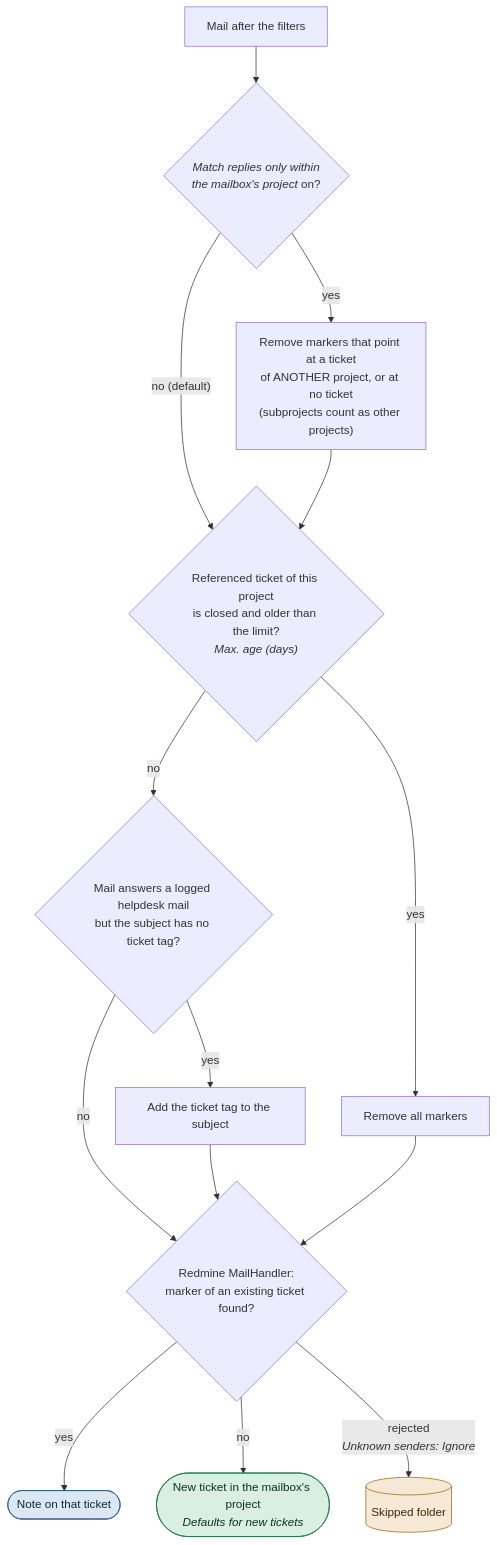
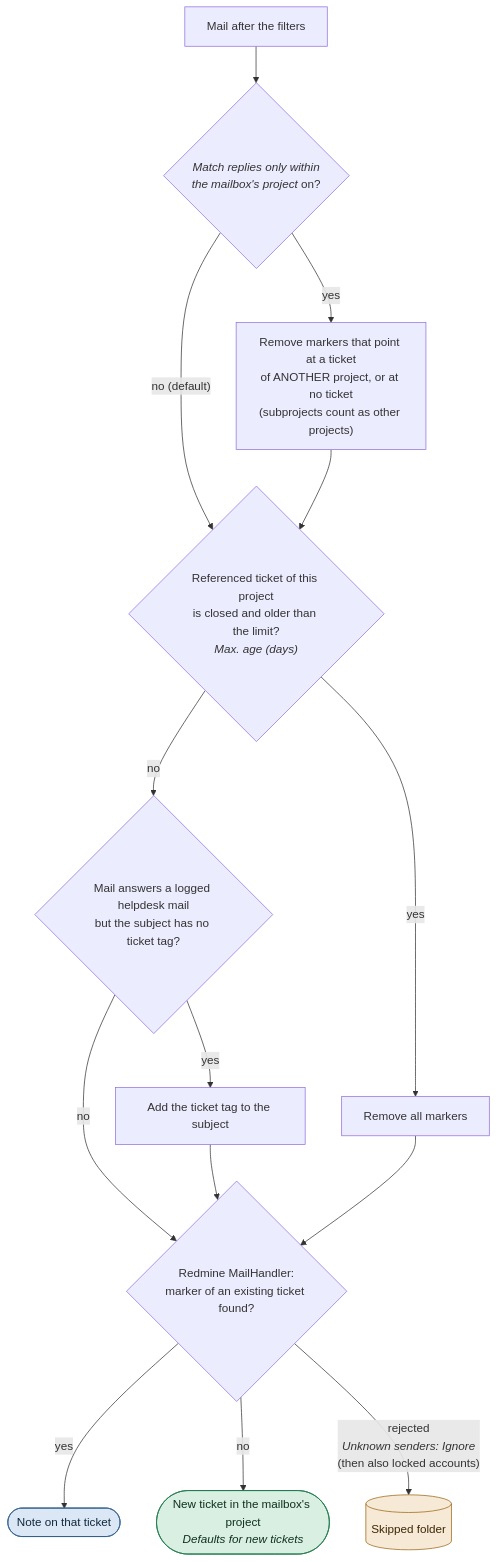
Before and after one commit to expertZentrale/redmine_expert_helpdesk: the fifth of 11 diagrams in EMAIL_FLOW.md, drawn with Mermaid. The commit also changed other lines of this file and 15 other files, not shown here.

First line of the commit message:
fix: receive mail from locked accounts and log every skipped mail (0.25.3) (#69)

````diff
--- a/EMAIL_FLOW.md
+++ b/EMAIL_FLOW.md
@@ -150,19 +151,19 @@
 ```mermaid
 flowchart TD
   IN["Mail after the filters"] --> SW{"<i>Match replies only within<br/>the mailbox's project</i> on?"}
   SW -- yes --> SC["Remove markers that point at a ticket<br/>of ANOTHER project, or at no ticket<br/>(subprojects count as other projects)"]
   SW -- "no (default)" --> AGE
   SC --> AGE{"Referenced ticket of this project<br/>is closed and older than the limit?<br/><i>Max. age (days)</i>"}
   AGE -- yes --> STRIP["Remove all markers"]
   AGE -- no --> TAG{"Mail answers a logged helpdesk mail<br/>but the subject has no ticket tag?"}
   TAG -- yes --> ADD["Add the ticket tag to the subject"]
   TAG -- no --> MH
   ADD --> MH
   STRIP --> MH{"Redmine MailHandler:<br/>marker of an existing ticket found?"}
   MH -- yes --> RE([Note on that ticket]):::reply
   MH -- no --> NEW(["New ticket in the mailbox's project<br/><i>Defaults for new tickets</i>"]):::new
-  MH -- "rejected<br/><i>Unknown senders: Ignore</i>" --> S[(Skipped folder)]:::skip
+  MH -- "rejected<br/><i>Unknown senders: Ignore</i><br/>(then also locked accounts)" --> S[(Skipped folder)]:::skip
   classDef new fill:#d8efe1,stroke:#1f7a4d,color:#10301f
   classDef reply fill:#dbe7f5,stroke:#2f5d8a,color:#13283d
   classDef skip fill:#f6ead6,stroke:#9a6412,color:#3d2806
 ```
````
